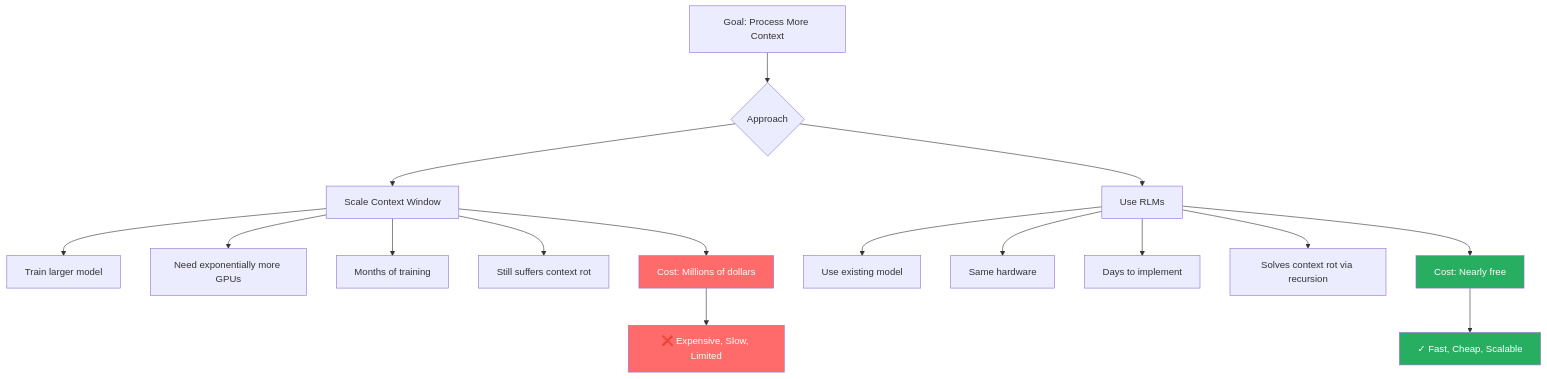
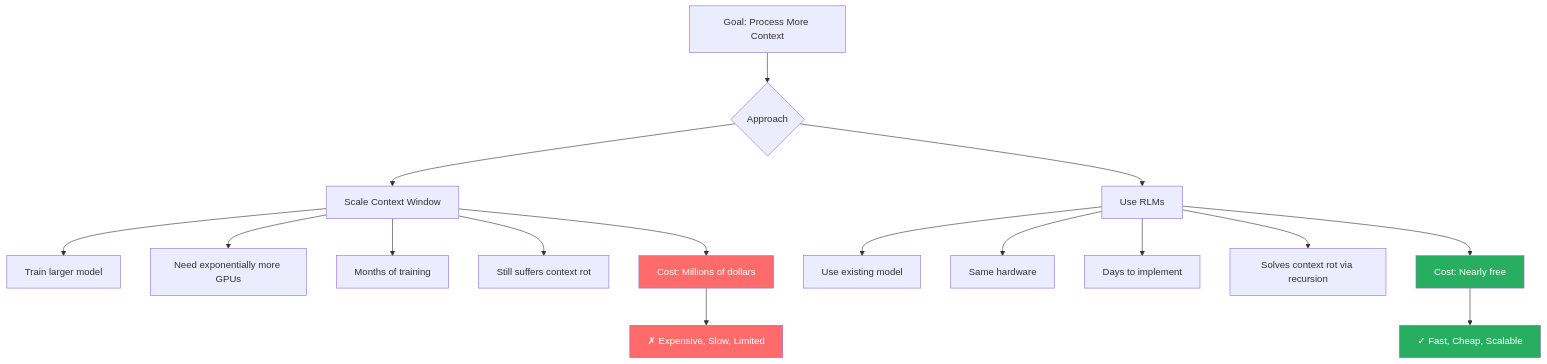
Before and after one commit to rsrini7/Learnings: diagram 13 of 17 in Papers/RecursiveLanguageModels.md, drawn with Mermaid. The commit also changed other lines of this file and 1 other file, not shown here.

````diff
--- a/Papers/RecursiveLanguageModels.md
+++ b/Papers/RecursiveLanguageModels.md
@@ -891,26 +853,26 @@
 ```mermaid
 graph TD
     A[Goal: Process More Context] --> B{Approach}
     
     B --> C[Scale Context Window]
     C --> C1[Train larger model]
     C --> C2[Need exponentially more GPUs]
     C --> C3[Months of training]
     C --> C4[Still suffers context rot]
     C --> C5[Cost: Millions of dollars]
     
     B --> D[Use RLMs]
     D --> D1[Use existing model]
     D --> D2[Same hardware]
     D --> D3[Days to implement]
     D --> D4[Solves context rot via recursion]
     D --> D5[Cost: Nearly free]
     
-    C5 --> E[❌ Expensive, Slow, Limited]
+    C5 --> E[✗ Expensive, Slow, Limited]
     D5 --> F[✓ Fast, Cheap, Scalable]
     
     style C5 fill:#FF6B6B,color:#fff
     style D5 fill:#27AE60,color:#fff
     style E fill:#FF6B6B,color:#fff
     style F fill:#27AE60,color:#fff
 ```
````
